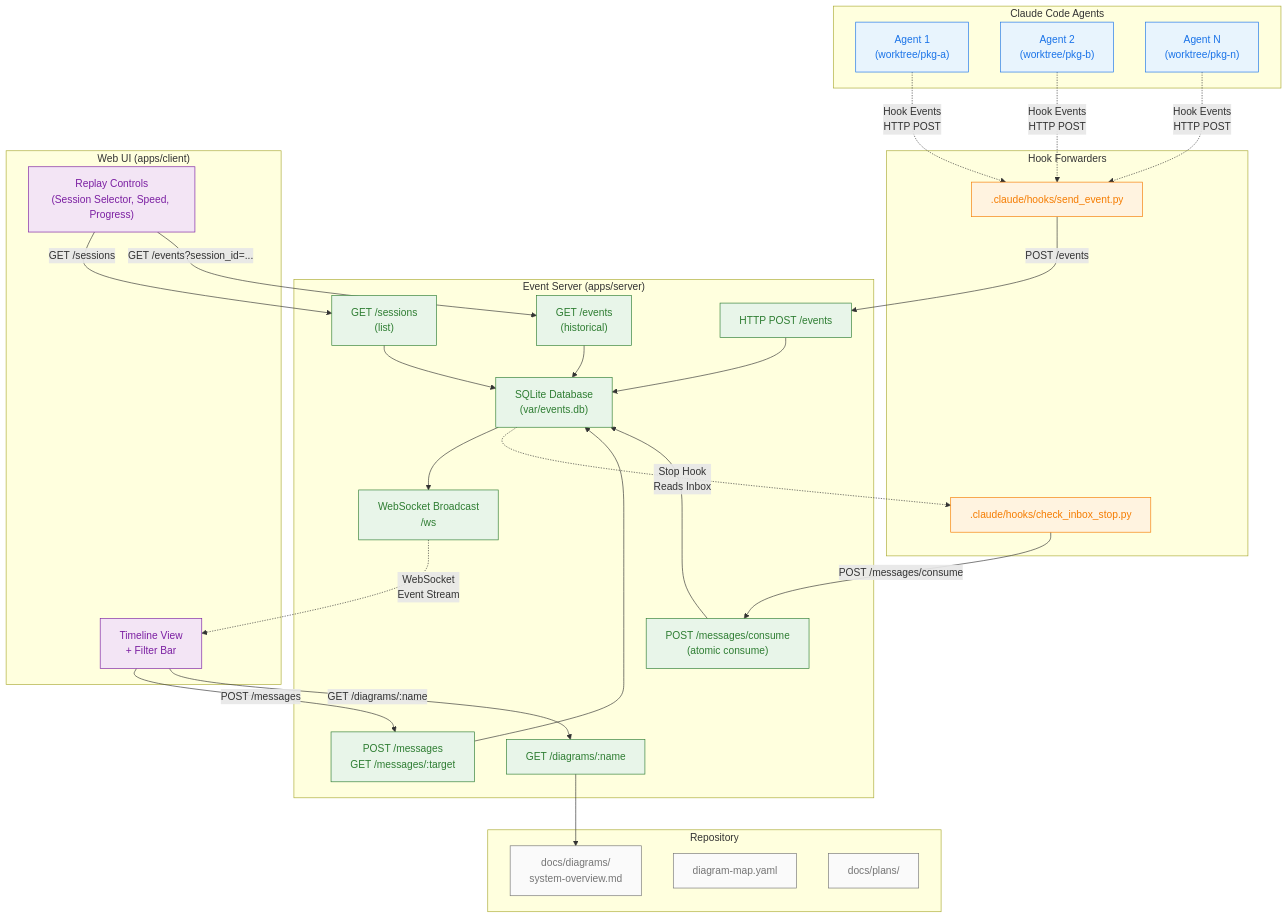
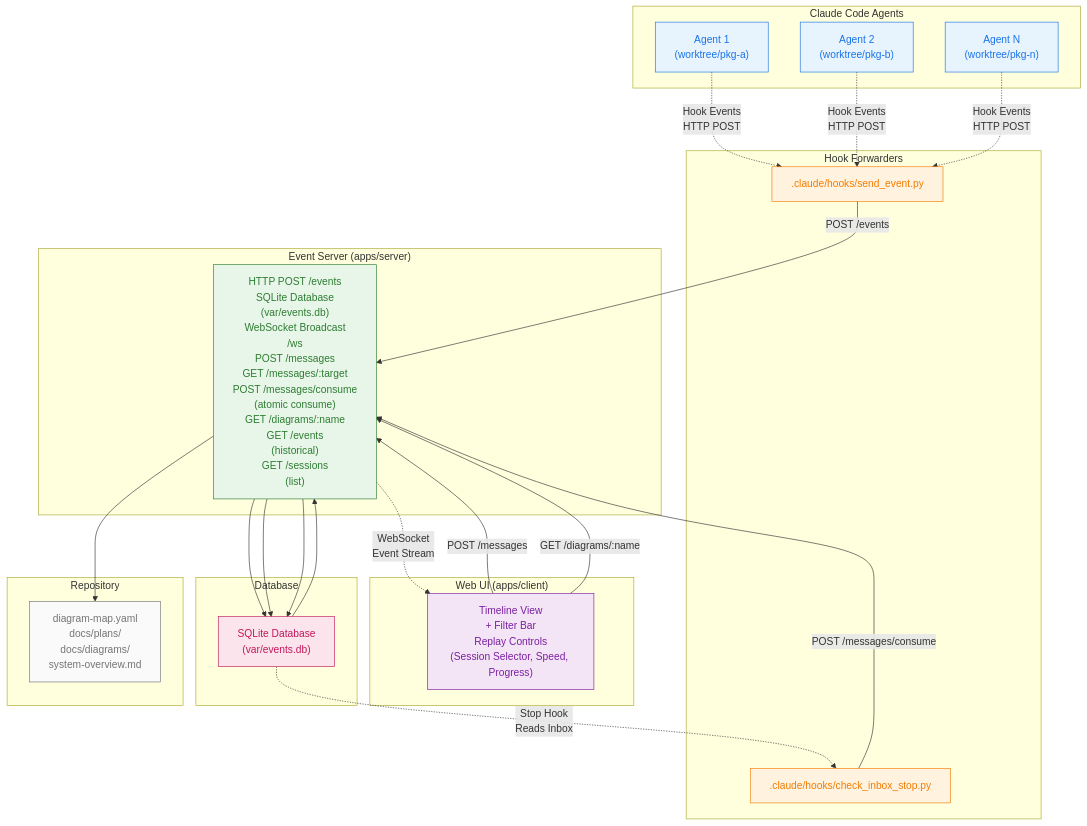
One commit to RockReuben/zod changed the diagram in docs/diagrams/system-overview.md. Above: the diagram before and after it, drawn with Mermaid. The commit also changed other lines of this file and 16 other files, not shown here.

````diff
--- a/docs/diagrams/system-overview.md
+++ b/docs/diagrams/system-overview.md
@@ -3,88 +3,90 @@
 ```mermaid
 flowchart TD
     subgraph Agents["Claude Code Agents"]
-        A1["Agent 1
+        node-agent1["Agent 1
 (worktree/pkg-a)"]
-        A2["Agent 2
+        node-agent2["Agent 2
 (worktree/pkg-b)"]
-        A3["Agent N
+        node-agentN["Agent N
 (worktree/pkg-n)"]
     end
 
     subgraph Hooks["Hook Forwarders"]
-        H1[".claude/hooks/send_event.py"]
-        H2[".claude/hooks/check_inbox_stop.py"]
+        node-hooks[".claude/hooks/send_event.py"]
+        node-check_inbox[".claude/hooks/check_inbox_stop.py"]
     end
 
     subgraph Server["Event Server (apps/server)"]
-        S1["HTTP POST /events"]
-        S2["SQLite Database
-(var/events.db)"]
-        S3["WebSocket Broadcast
-/ws"]
-        S4["POST /messages
-GET /messages/:target"]
-        S8["POST /messages/consume
-(atomic consume)"]
-        S5["GET /diagrams/:name"]
-        S6["GET /events
-(historical)"]
-        S7["GET /sessions
+        node-server["HTTP POST /events
+SQLite Database
+(var/events.db)
+WebSocket Broadcast
+/ws
+POST /messages
+GET /messages/:target
+POST /messages/consume
+(atomic consume)
+GET /diagrams/:name
+GET /events
+(historical)
+GET /sessions
 (list)"]
     end
 
     subgraph Client["Web UI (apps/client)"]
-        C1["Timeline View
-+ Filter Bar"]
-        C2["Replay Controls
+        node-client["Timeline View
++ Filter Bar
+Replay Controls
 (Session Selector, Speed, Progress)"]
     end
 
-    subgraph Repo["Repository"]
-        R1["docs/diagrams/
-system-overview.md"]
-        R2["diagram-map.yaml"]
-        R3["docs/plans/"]
+    subgraph Database["Database"]
+        node-database["SQLite Database
+(var/events.db)"]
     end
 
-    A1 -.->|Hook Events
-HTTP POST| H1
-    A2 -.->|Hook Events
-HTTP POST| H1
-    A3 -.->|Hook Events
-HTTP POST| H1
+    subgraph Repo["Repository"]
+        node-planning["diagram-map.yaml
+docs/plans/
+docs/diagrams/
+system-overview.md"]
+    end
 
-    H1 -->|POST /events| S1
-    S1 --> S2
-    S2 --> S3
-    S3 -.->|WebSocket
-Event Stream| C1
+    node-agent1 -.->|Hook Events
+HTTP POST| node-hooks
+    node-agent2 -.->|Hook Events
+HTTP POST| node-hooks
+    node-agentN -.->|Hook Events
+HTTP POST| node-hooks
 
-    C1 -->|POST /messages| S4
-    S4 --> S2
+    node-hooks -->|POST /events| node-server
+    node-server --> node-database
+    node-database --> node-server
+    node-server -.->|WebSocket
+Event Stream| node-client
 
-    H2 -->|POST /messages/consume| S8
-    S8 --> S2
-    S2 -.->|Stop Hook
-Reads Inbox| H2
+    node-client -->|POST /messages| node-server
+    node-server --> node-database
 
-    C1 -->|GET /diagrams/:name| S5
-    S5 --> R1
+    node-check_inbox -->|POST /messages/consume| node-server
+    node-server --> node-database
+    node-database -.->|Stop Hook
+Reads Inbox| node-check_inbox
 
-    C2 -->|GET /sessions| S7
-    C2 -->|GET /events?session_id=...| S6
-    S6 --> S2
-    S7 --> S2
+    node-client -->|GET /diagrams/:name| node-server
+    node-server --> node-planning
 
     classDef agent fill:#e8f4fd,stroke:#1a73e8,color:#1a73e8;
     classDef hook fill:#fff3e0,stroke:#f57c00,color:#f57c00;
     classDef server fill:#e8f5e9,stroke:#2e7d32,color:#2e7d32;
     classDef client fill:#f3e5f5,stroke:#7b1fa2,color:#7b1fa2;
+    classDef database fill:#fce4ec,stroke:#c2185b,color:#c2185b;
     classDef repo fill:#fafafa,stroke:#757575,color:#757575;
 
-    class A1,A2,A3 agent;
-    class H1,H2 hook;
-    class S1,S2,S3,S4,S5,S6,S7,S8 server;
-    class C1,C2 client;
-    class R1,R2,R3 repo;
+    class node-agent1,node-agent2,node-agentN agent;
+    class node-hooks,node-check_inbox hook;
+    class node-server server;
+    class node-client client;
+    class node-database database;
+    class node-planning repo;
 ```
````
